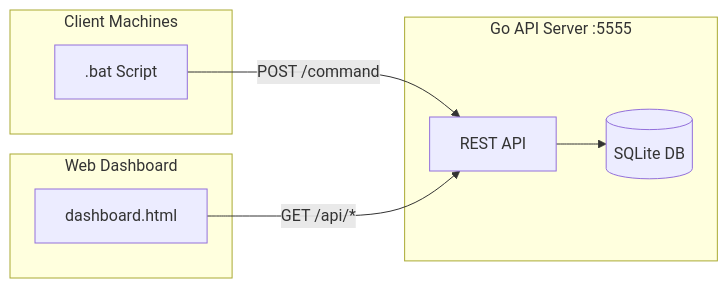
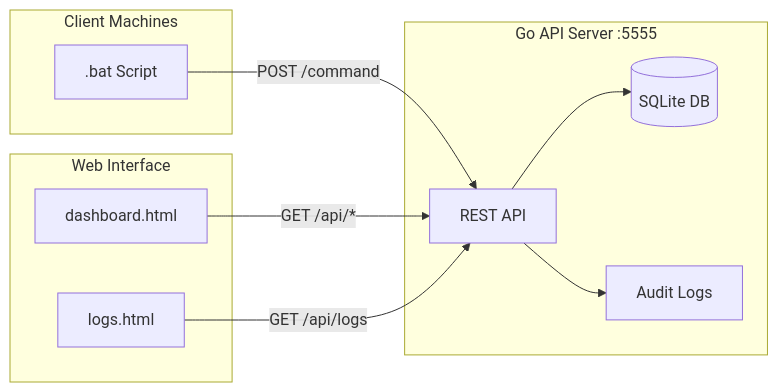
Before and after one commit to beemoid/go-file-scope: the diagram in README.md, drawn with Mermaid. The commit also changed other lines of this file, not shown here.

````diff
--- a/README.md
+++ b/README.md
@@ -91,19 +65,23 @@
 ```mermaid
 flowchart LR
     subgraph Clients["Client Machines"]
         BAT[".bat Script"]
     end
     
     subgraph Server["Go API Server :5555"]
         API["REST API"]
         DB[(SQLite DB)]
+        AUDIT["Audit Logs"]
     end
     
-    subgraph Dashboard["Web Dashboard"]
-        UI["dashboard.html"]
+    subgraph Dashboard["Web Interface"]
+        DASH["dashboard.html"]
+        LOGS["logs.html"]
     end
     
     BAT -->|POST /command| API
     API --> DB
-    UI -->|GET /api/*| API
+    API --> AUDIT
+    DASH -->|GET /api/*| API
+    LOGS -->|GET /api/logs| API
 ```
````
